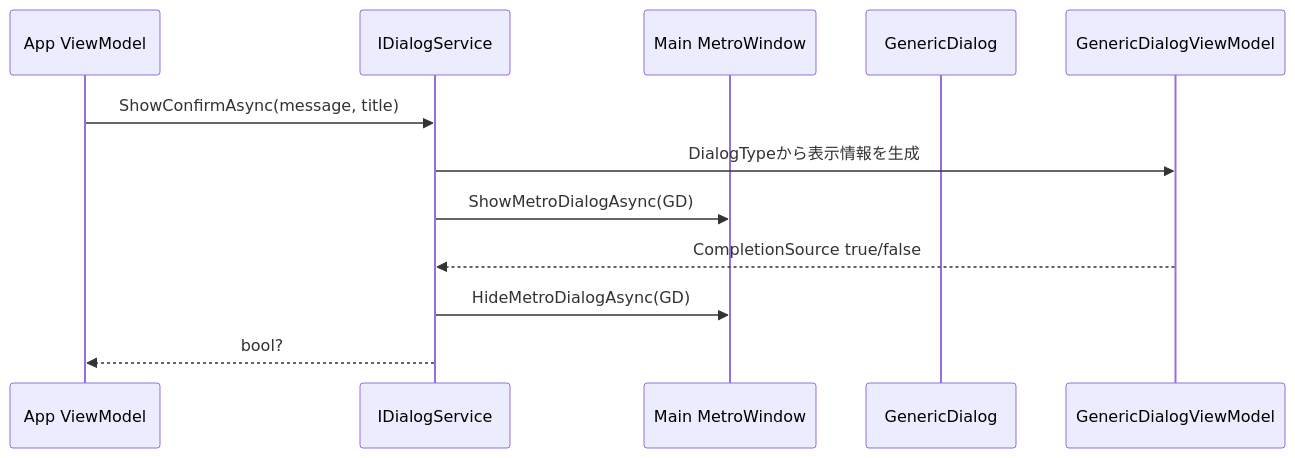
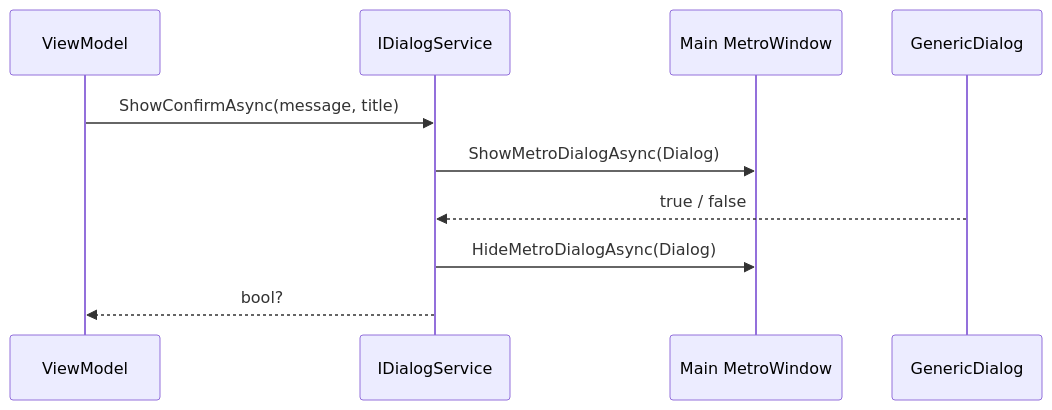
Before and after one commit to MinMax25/libQB: the fourth of 6 diagrams in docs/Architecture.md, drawn with Mermaid. The commit also changed other lines of this file and 3 other files, not shown here.

````diff
--- a/docs/Architecture.md
+++ b/docs/Architecture.md
@@ -117,15 +94,13 @@
 ```mermaid
 sequenceDiagram
-    participant VM as App ViewModel
+    participant VM as ViewModel
     participant DS as IDialogService
     participant MW as Main MetroWindow
-    participant GD as GenericDialog
-    participant GVM as GenericDialogViewModel
+    participant Dialog as GenericDialog
 
     VM->>DS: ShowConfirmAsync(message, title)
-    DS->>GVM: DialogTypeから表示情報を生成
-    DS->>MW: ShowMetroDialogAsync(GD)
-    GVM-->>DS: CompletionSource true/false
-    DS->>MW: HideMetroDialogAsync(GD)
+    DS->>MW: ShowMetroDialogAsync(Dialog)
+    Dialog-->>DS: true / false
+    DS->>MW: HideMetroDialogAsync(Dialog)
     DS-->>VM: bool?
 ```
````
